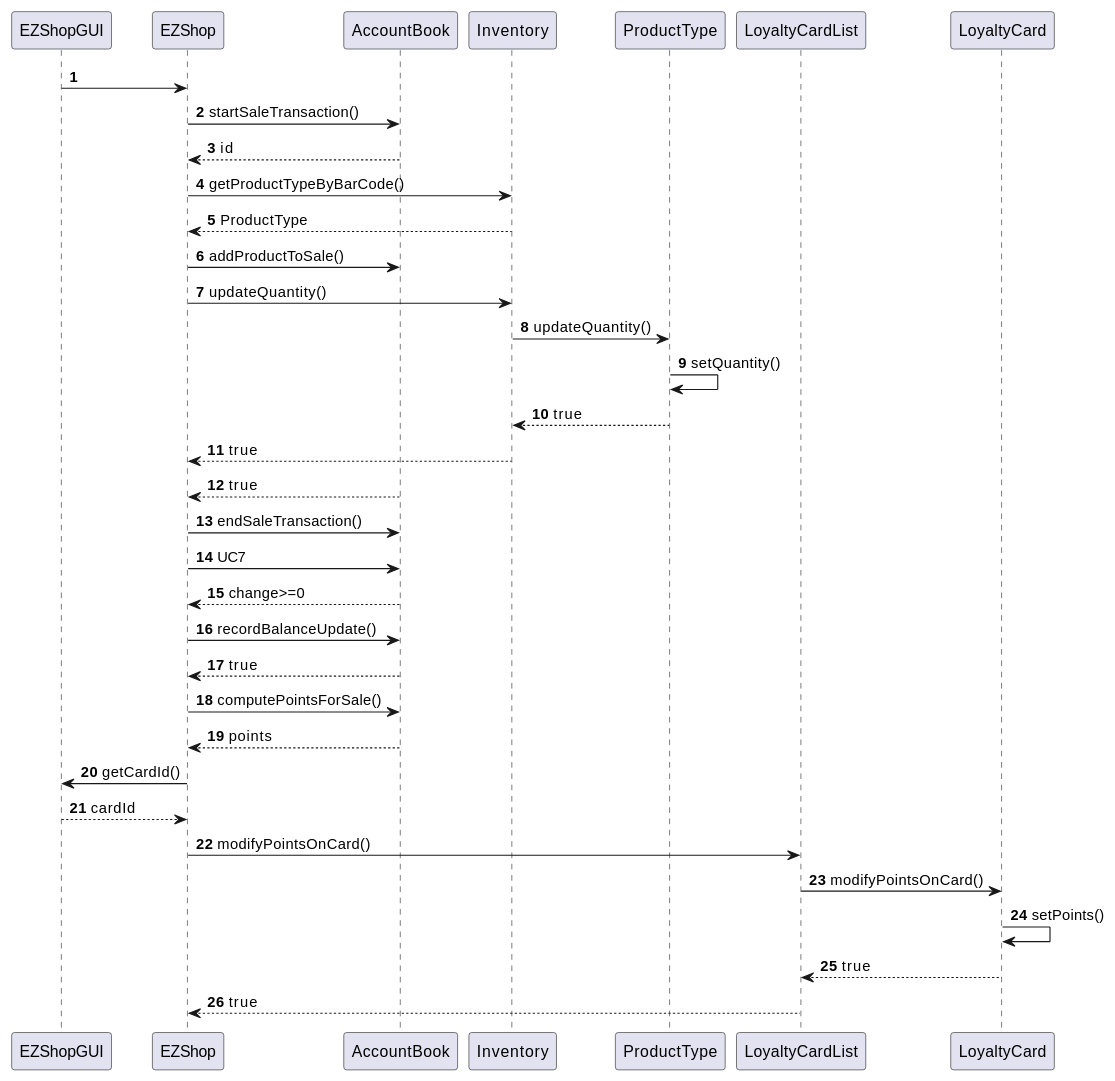
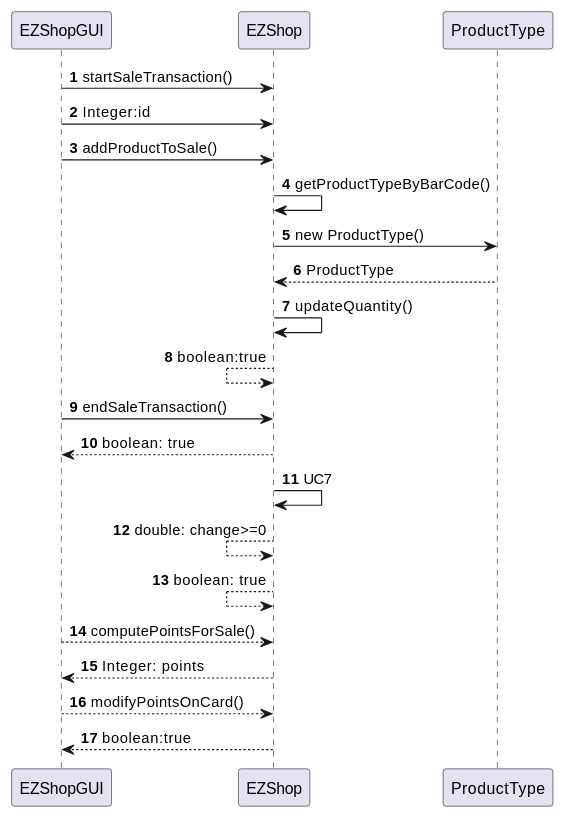
Diagram 17 of 22 in Deliverables/DesignDocument.md (mkexc/ezshop), drawn with PlantUML before and after one commit. The commit also changed other lines of this file and 3 other files, not shown here.

````diff
--- a/Deliverables/DesignDocument.md
+++ b/Deliverables/DesignDocument.md
@@ -484,31 +439,22 @@
 ```plantuml
 @startuml
 autonumber
-EZShopGUI -> EZShop
-EZShop -> AccountBook : startSaleTransaction()
-EZShop <-- AccountBook : id
-EZShop -> Inventory : getProductTypeByBarCode()
-EZShop <-- Inventory : ProductType
-EZShop -> AccountBook : addProductToSale()
-EZShop -> Inventory : updateQuantity()
-Inventory -> ProductType : updateQuantity()
-ProductType -> ProductType : setQuantity()
-Inventory <-- ProductType :true
-EZShop <-- Inventory : true
-EZShop <-- AccountBook : true
-EZShop -> AccountBook : endSaleTransaction()
-EZShop -> AccountBook : UC7
-EZShop <-- AccountBook : change>=0
-EZShop -> AccountBook : recordBalanceUpdate()
-EZShop <-- AccountBook : true
-EZShop -> AccountBook : computePointsForSale()
-EZShop <-- AccountBook : points
-EZShop -> EZShopGUI : getCardId()
-EZShop <-- EZShopGUI : cardId
-EZShop -> LoyaltyCardList : modifyPointsOnCard()
-LoyaltyCardList -> LoyaltyCard : modifyPointsOnCard()
-LoyaltyCard -> LoyaltyCard : setPoints()
-LoyaltyCardList <-- LoyaltyCard : true
-EZShop <-- LoyaltyCardList : true
+EZShopGUI -> EZShop : startSaleTransaction()
+EZShopGUI -> EZShop : Integer:id
+EZShopGUI -> EZShop : addProductToSale()
+EZShop -> EZShop : getProductTypeByBarCode()
+EZShop -> ProductType : new ProductType()
+EZShop <-- ProductType : ProductType
+EZShop -> EZShop : updateQuantity()
+EZShop <-- EZShop : boolean:true
+EZShopGUI -> EZShop : endSaleTransaction()
+EZShopGUI <-- EZShop : boolean: true 
+EZShop -> EZShop : UC7
+EZShop <-- EZShop : double: change>=0
+EZShop <-- EZShop : boolean: true
+EZShopGUI --> EZShop : computePointsForSale()
+EZShopGUI <-- EZShop : Integer: points
+EZShopGUI --> EZShop : modifyPointsOnCard()
+EZShopGUI <-- EZShop : boolean:true
 @enduml
 ```
````
